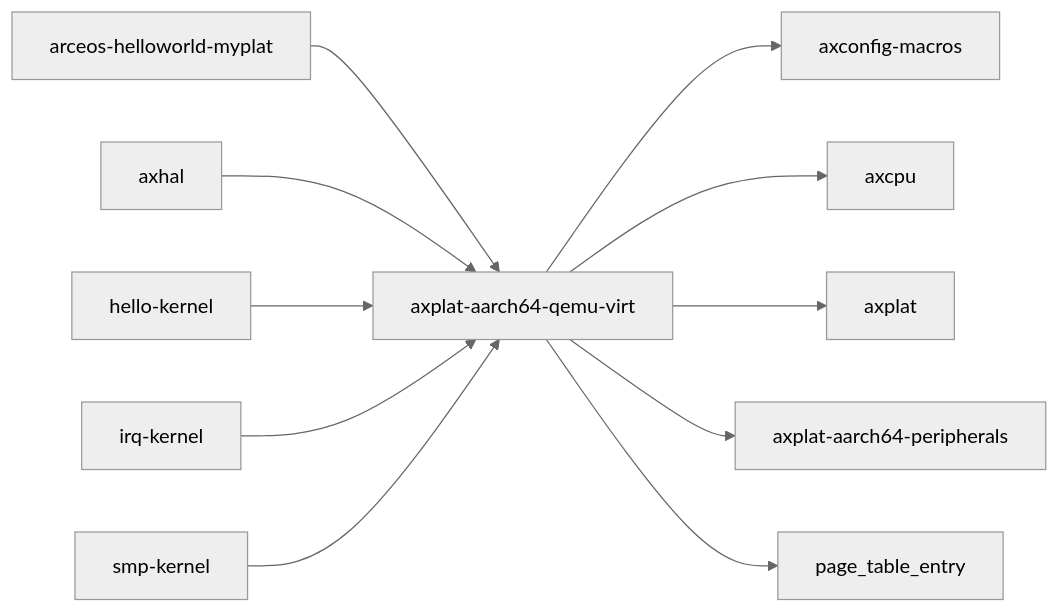
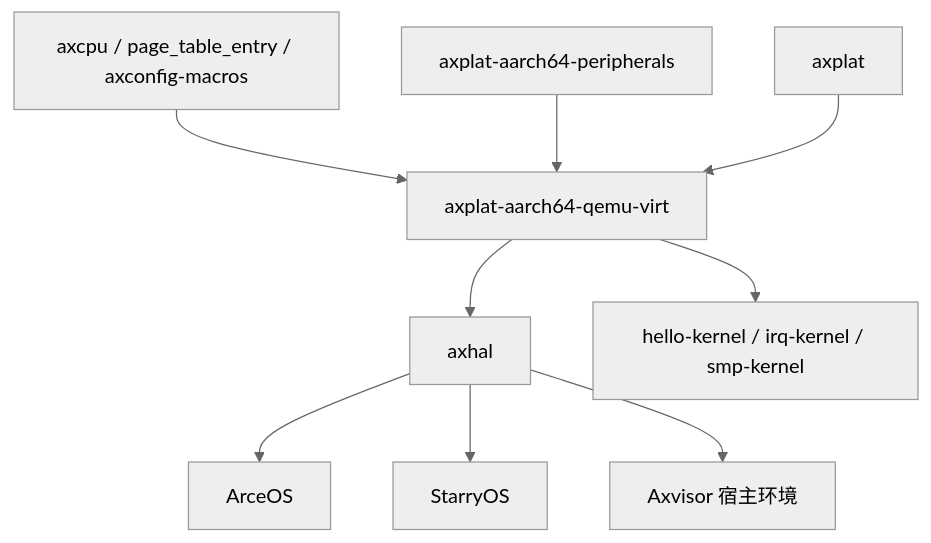
The second of 2 diagrams in docs/crates/axplat-aarch64-qemu-virt.md (rcore-os/tgoskits), drawn with Mermaid (neutral theme) before and after one commit. The commit also changed other lines of this file and 6 other files, not shown here.

````diff
--- a/docs/crates/axplat-aarch64-qemu-virt.md
+++ b/docs/crates/axplat-aarch64-qemu-virt.md
@@ -36,14 +216,11 @@
 ```mermaid
-graph LR
-    current["axplat-aarch64-qemu-virt"]
-    current --> axconfig_macros["axconfig-macros"]
-    current --> axcpu["axcpu"]
-    current --> axplat["axplat"]
-    current --> axplat_aarch64_peripherals["axplat-aarch64-peripherals"]
-    current --> page_table_entry["page_table_entry"]
-    arceos_helloworld_myplat["arceos-helloworld-myplat"] --> current
-    axhal["axhal"] --> current
-    hello_kernel["hello-kernel"] --> current
-    irq_kernel["irq-kernel"] --> current
-    smp_kernel["smp-kernel"] --> current
+graph TD
+    A[axcpu / page_table_entry / axconfig-macros] --> B[axplat-aarch64-qemu-virt]
+    C[axplat-aarch64-peripherals] --> B
+    D[axplat] --> B
+    B --> E[axhal]
+    B --> F[hello-kernel / irq-kernel / smp-kernel]
+    E --> G[ArceOS]
+    E --> H[StarryOS]
+    E --> I[Axvisor 宿主环境]
 ```
````
